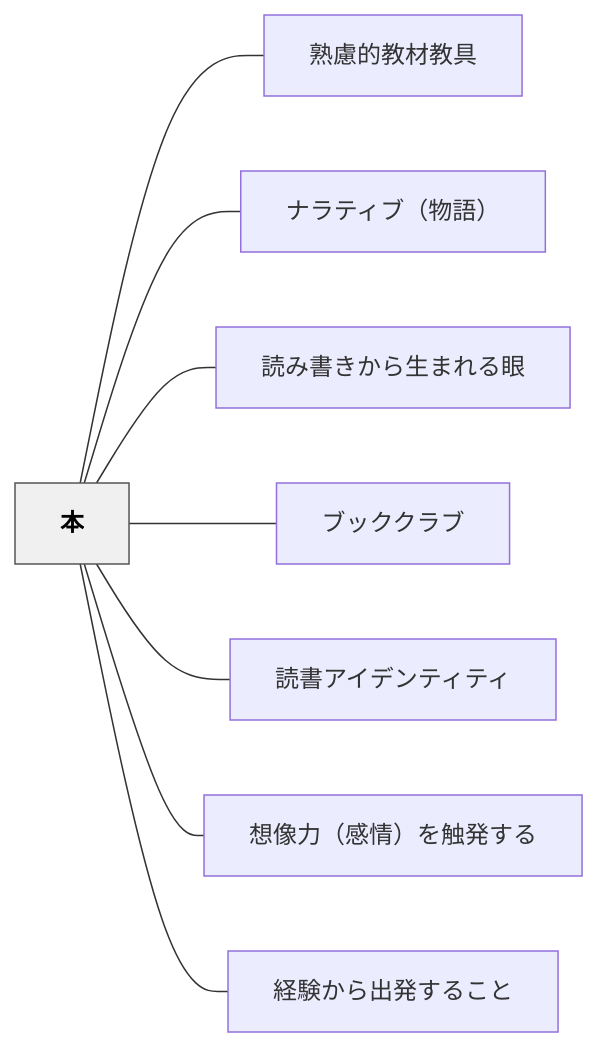
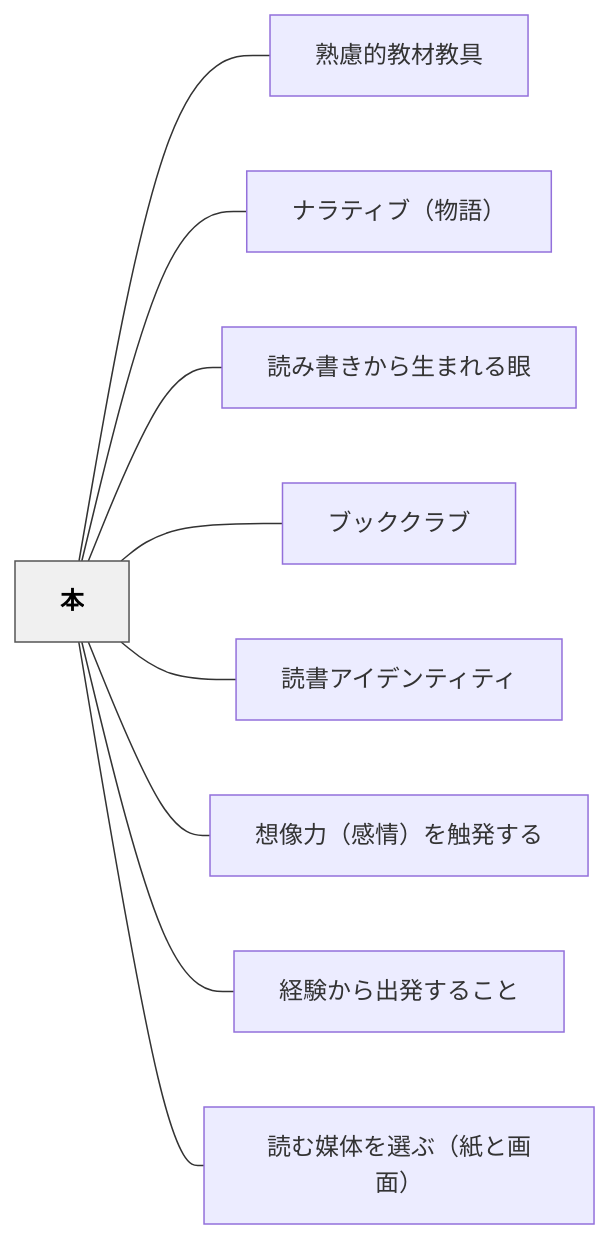
The diagram in content/パタン/本.md (unknownthings-ed-patterns/unknownthings-ed-patterns), drawn with Mermaid before and after one commit. The commit also changed other lines of this file and 11 other files, not shown here.

````diff
--- a/content/パタン/本.md
+++ b/content/パタン/本.md
@@ -53,22 +54,24 @@
 ```mermaid
 flowchart LR
     ne69cac["本"]
     ne7869fe685aee79a84e69599e69d90e69599e585b7["熟慮的教材教具"]
     ne3838ae383a9e38386e382a3e38396efbc88e789a9e8aa9eefbc89["ナラティブ（物語）"]
     ne8aaade381bfe69bb8e3818de3818be38289e7949fe381bee3828ce3828be79cbc["読み書きから生まれる眼"]
     ne38396e38383e382afe382afe383a9e38396["ブッククラブ"]
     ne8aaade69bb8e382a2e382a4e38387e383b3e38386e382a3e38386e382a3["読書アイデンティティ"]
     ne683b3e5838fe58a9befbc88e6849fe68385efbc89e38292e8a7a6e799bae38199e3828b["想像力（感情）を触発する"]
     ne7b58ce9a893e3818be38289e587bae799bae38199e3828be38193e381a8["経験から出発すること"]
+    ne8aaade38280e5aa92e4bd93e38292e981b8e381b6efbc88e7b499e381a8e794bbe99da2efbc89["読む媒体を選ぶ（紙と画面）"]
 
     ne69cac --- ne7869fe685aee79a84e69599e69d90e69599e585b7
     ne69cac --- ne3838ae383a9e38386e382a3e38396efbc88e789a9e8aa9eefbc89
     ne69cac --- ne8aaade381bfe69bb8e3818de3818be38289e7949fe381bee3828ce3828be79cbc
     ne69cac --- ne38396e38383e382afe382afe383a9e38396
     ne69cac --- ne8aaade69bb8e382a2e382a4e38387e383b3e38386e382a3e38386e382a3
     ne69cac --- ne683b3e5838fe58a9befbc88e6849fe68385efbc89e38292e8a7a6e799bae38199e3828b
     ne69cac --- ne7b58ce9a893e3818be38289e587bae799bae38199e3828be38193e381a8
+    ne69cac --- ne8aaade38280e5aa92e4bd93e38292e981b8e381b6efbc88e7b499e381a8e794bbe99da2efbc89
 
     classDef hub fill:#f0f0f0,stroke:#555,color:#000,font-weight:bold
     class ne69cac hub
 ```
````
